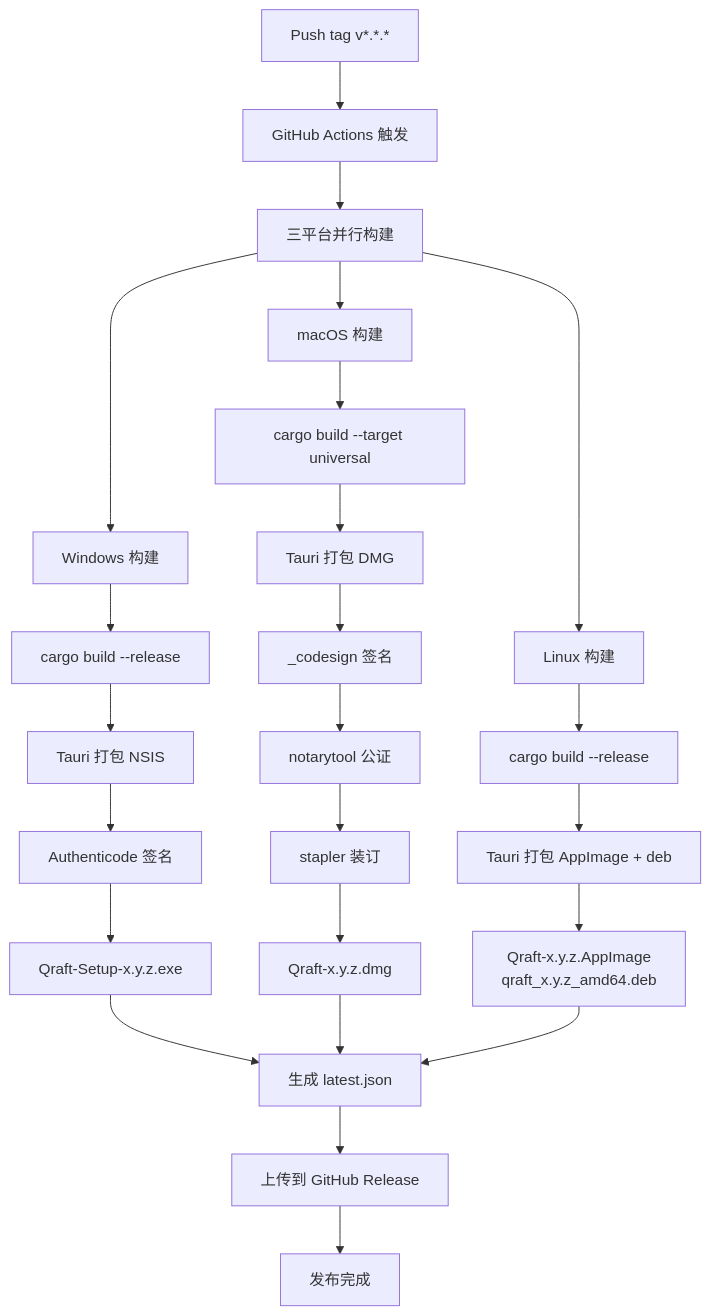
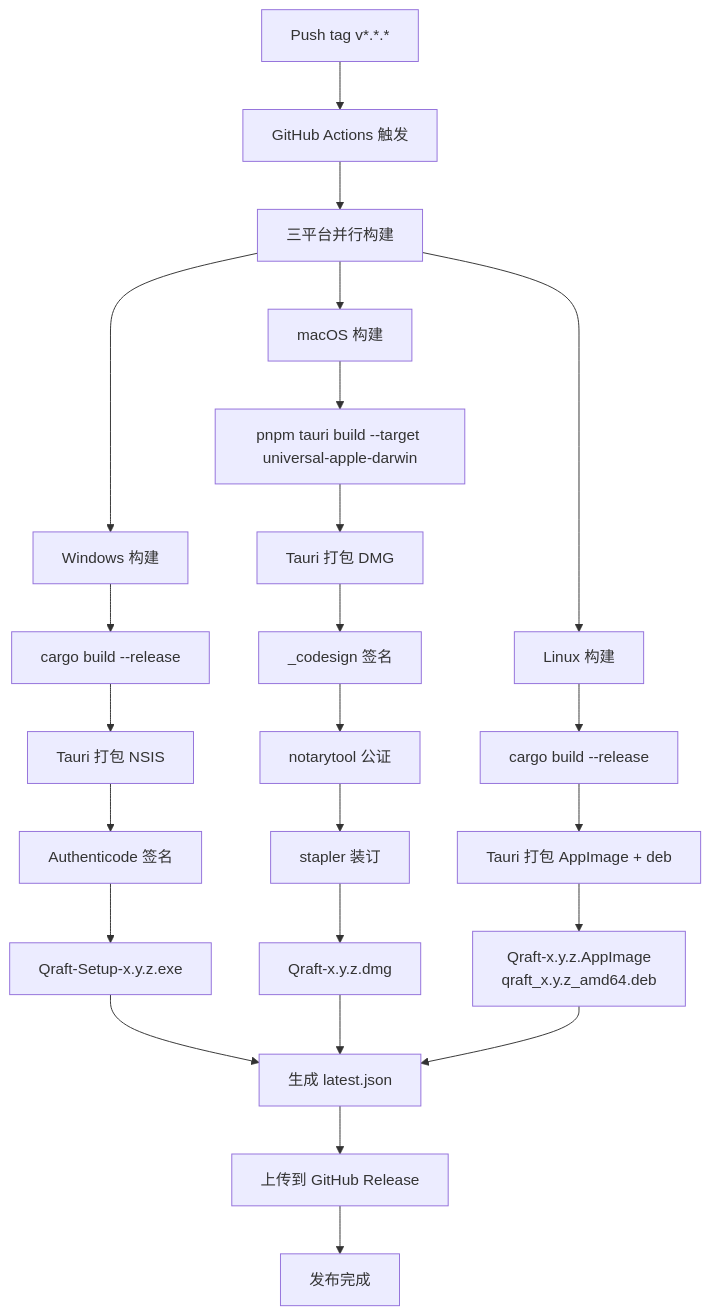
The second of 3 diagrams in prd/14-build-and-distribution.md (mecoren/qraft), drawn with Mermaid before and after one commit. The commit also changed other lines of this file and 203 other files, not shown here.

````diff
--- a/prd/14-build-and-distribution.md
+++ b/prd/14-build-and-distribution.md
@@ -434,32 +434,32 @@
 ```mermaid
 flowchart TD
     A[Push tag v*.*.*] --> B[GitHub Actions 触发]
     B --> C[三平台并行构建]
 
     C --> W[Windows 构建]
     C --> M[macOS 构建]
     C --> L[Linux 构建]
 
     W --> W1[ cargo build --release ]
     W1 --> W2[Tauri 打包 NSIS]
     W2 --> W3[Authenticode 签名]
     W3 --> W4[Qraft-Setup-x.y.z.exe]
 
-    M --> M1[ cargo build --target universal ]
+    M --> M1[ pnpm tauri build --target universal-apple-darwin ]
     M1 --> M2[Tauri 打包 DMG]
     M2 --> M3[_codesign 签名]
     M3 --> M4[ notarytool 公证 ]
     M4 --> M5[stapler 装订]
     M5 --> M6[Qraft-x.y.z.dmg]
 
     L --> L1[ cargo build --release ]
     L1 --> L2[Tauri 打包 AppImage + deb]
     L2 --> L3[Qraft-x.y.z.AppImage<br/>qraft_x.y.z_amd64.deb]
 
     W4 --> D[生成 latest.json]
     M6 --> D
     L3 --> D
 
     D --> E[上传到 GitHub Release]
     E --> F[发布完成]
 ```
````
